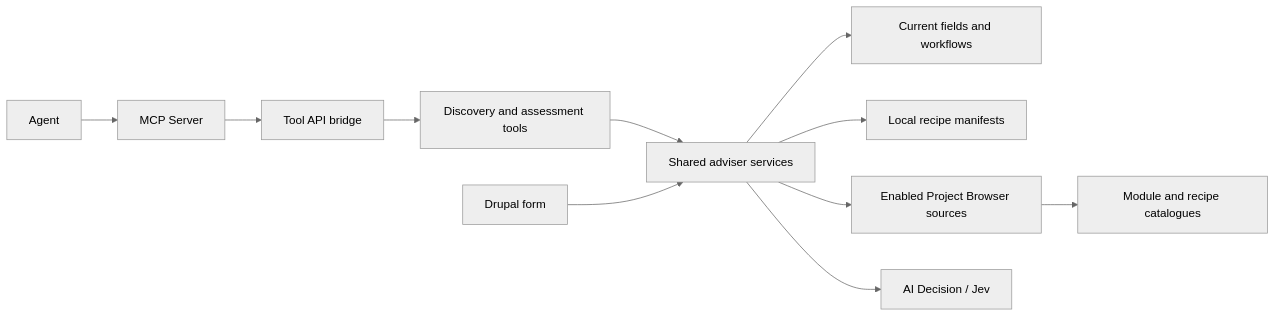
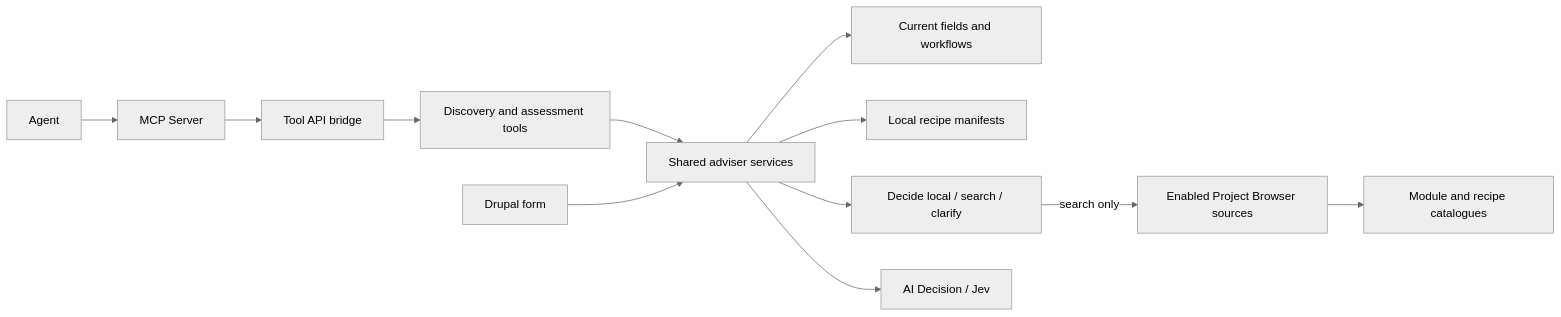
The diagram in README.md (ronaldtebrake/drupal_site_architect), drawn with Mermaid (neutral theme) before and after one commit. The commit also changed other lines of this file and 17 other files, not shown here.

````diff
--- a/README.md
+++ b/README.md
@@ -192,13 +220,14 @@
 ```mermaid
 flowchart LR
   Agent --> MCP[MCP Server]
   MCP --> Bridge[Tool API bridge]
   Bridge --> Tools[Discovery and assessment tools]
   Tools --> Advisor[Shared adviser services]
   Form[Drupal form] --> Advisor
   Advisor --> Site[Current fields and workflows]
   Advisor --> Local[Local recipe manifests]
-  Advisor --> PB[Enabled Project Browser sources]
+  Advisor --> Plan[Decide local / search / clarify]
+  Plan -->|search only| PB[Enabled Project Browser sources]
   PB --> Catalogs[Module and recipe catalogues]
   Advisor --> Decision[AI Decision / Jev]
 ```
````
